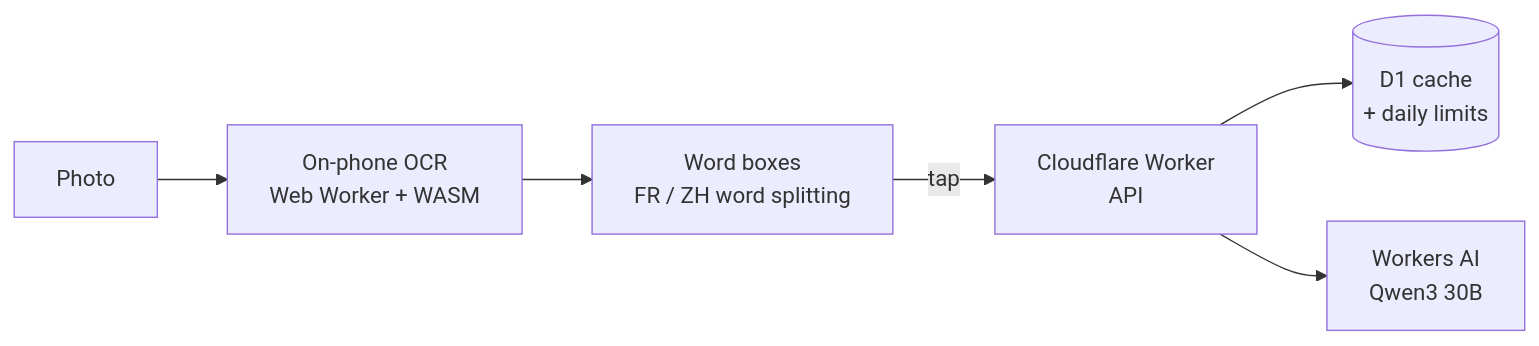
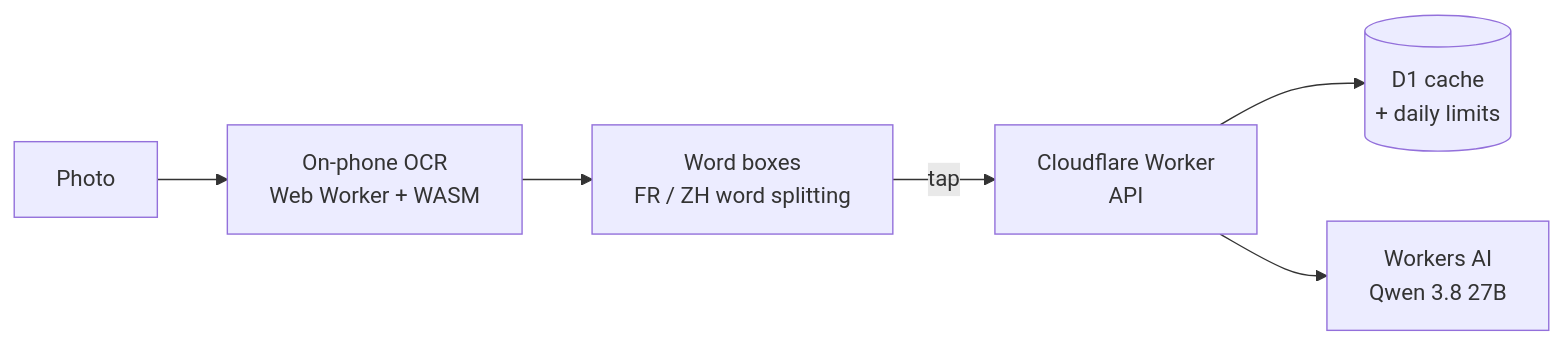
One commit to elmiranda00/lingua-camera changed the diagram in README.md. Above: the diagram before and after it, drawn with Mermaid. The commit also changed other lines of this file and 10 other files, not shown here.

````diff
--- a/README.md
+++ b/README.md
@@ -52,8 +52,8 @@
 ```mermaid
 flowchart LR
   A[Photo] --> B[On-phone OCR<br/>Web Worker + WASM]
   B --> C[Word boxes<br/>FR / ZH word splitting]
   C -- tap --> D[Cloudflare Worker<br/>API]
   D --> E[(D1 cache<br/>+ daily limits)]
-  D --> F[Workers AI<br/>Qwen3 30B]
+  D --> F[Workers AI<br/>Qwen 3.8 27B]
 ```
````
